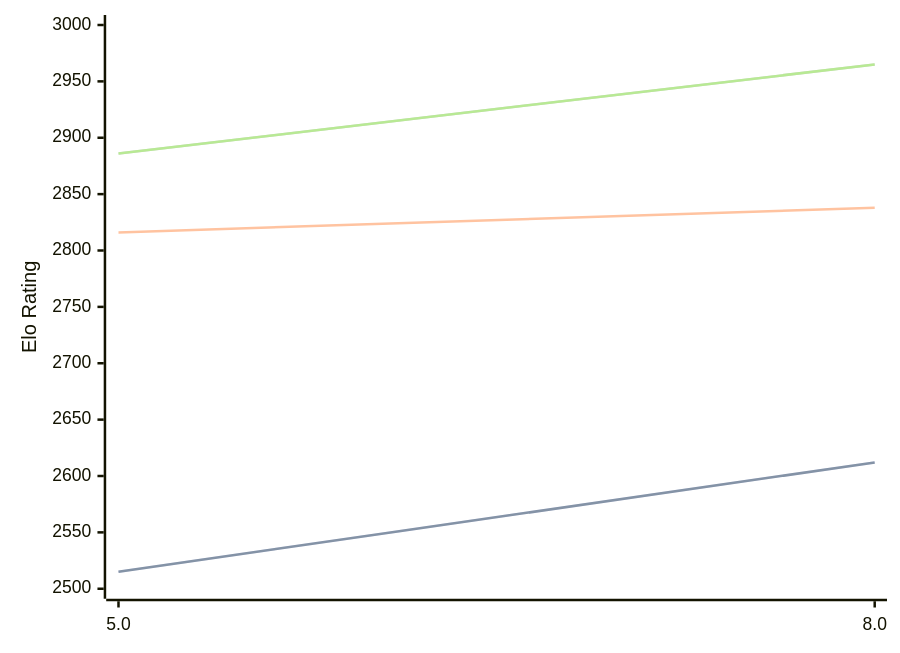
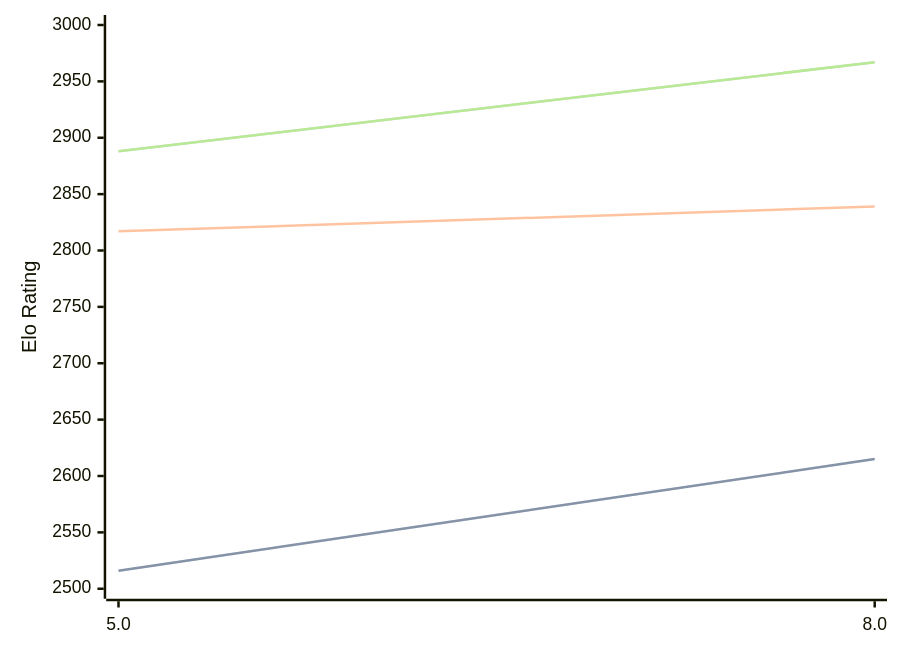
Before and after one commit to computer-chess-index/cci: the diagram in engines/4kc.md, drawn with Mermaid. The commit also changed other lines of this file, not shown here.

Commit message:
Update CCI Ratings (ELO VLTC) - 2026-04-11

````diff
--- a/engines/4kc.md
+++ b/engines/4kc.md
@@ -41,11 +41,11 @@
 ```mermaid
 %%{init: {"theme":"base","themeVariables":{"seriesColors:['#a3a3a3','#222221','#faa371']}}}%%
 xychart-beta
   x-axis ["5.0", "8.0"]
   y-axis "Elo Rating" 2500 --> 3000
-  line "STC (8.0+0.08s)" [2515, 2612]
-  line "STC (8.0+0.08s)" [2515, 2612]
-  line "LTC (60.0+0.60s)" [2816, 2838]
-  line "VLTC (2m24s+1.12s)" [2886, 2965]
-  line "VLTC (2m24s+1.12s)" [2886, 2965]
+  line "STC (8.0+0.08s)" [2516, 2615]
+  line "STC (8.0+0.08s)" [2516, 2615]
+  line "LTC (60.0+0.60s)" [2817, 2839]
+  line "VLTC (2m24s+1.12s)" [2888, 2967]
+  line "VLTC (2m24s+1.12s)" [2888, 2967]
 ```
````
